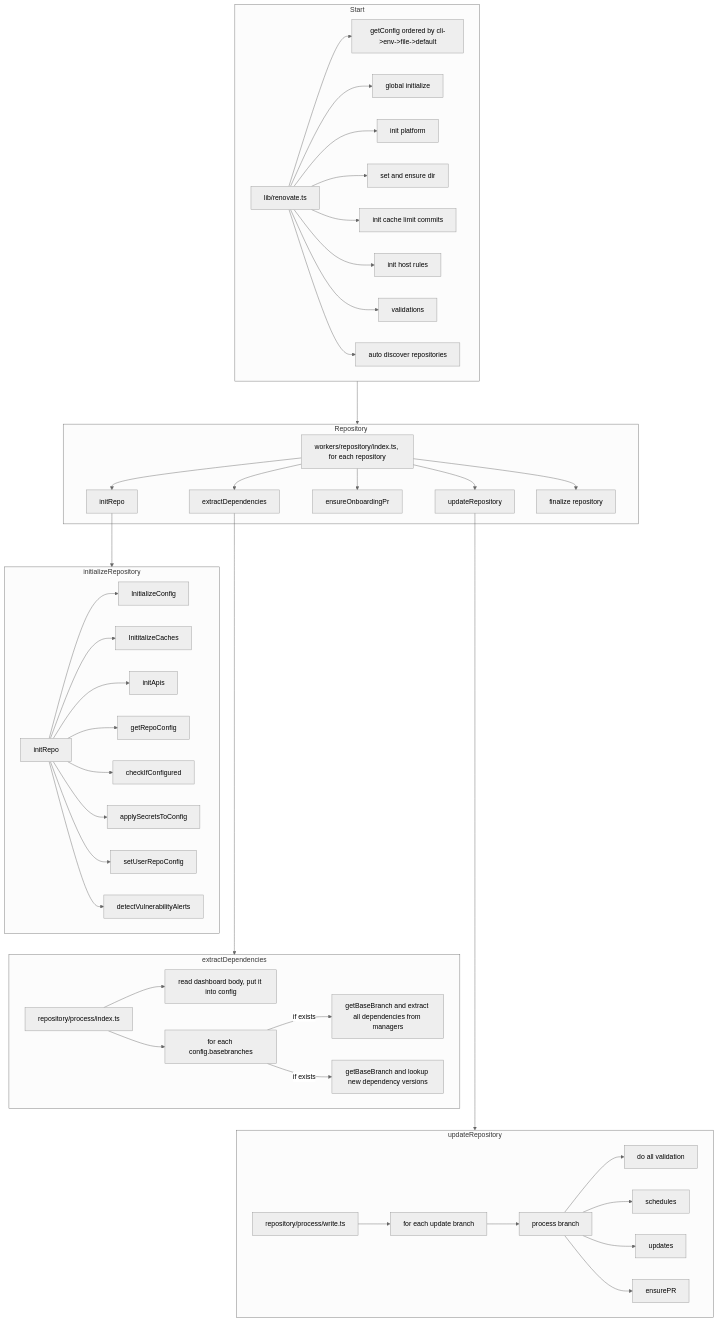
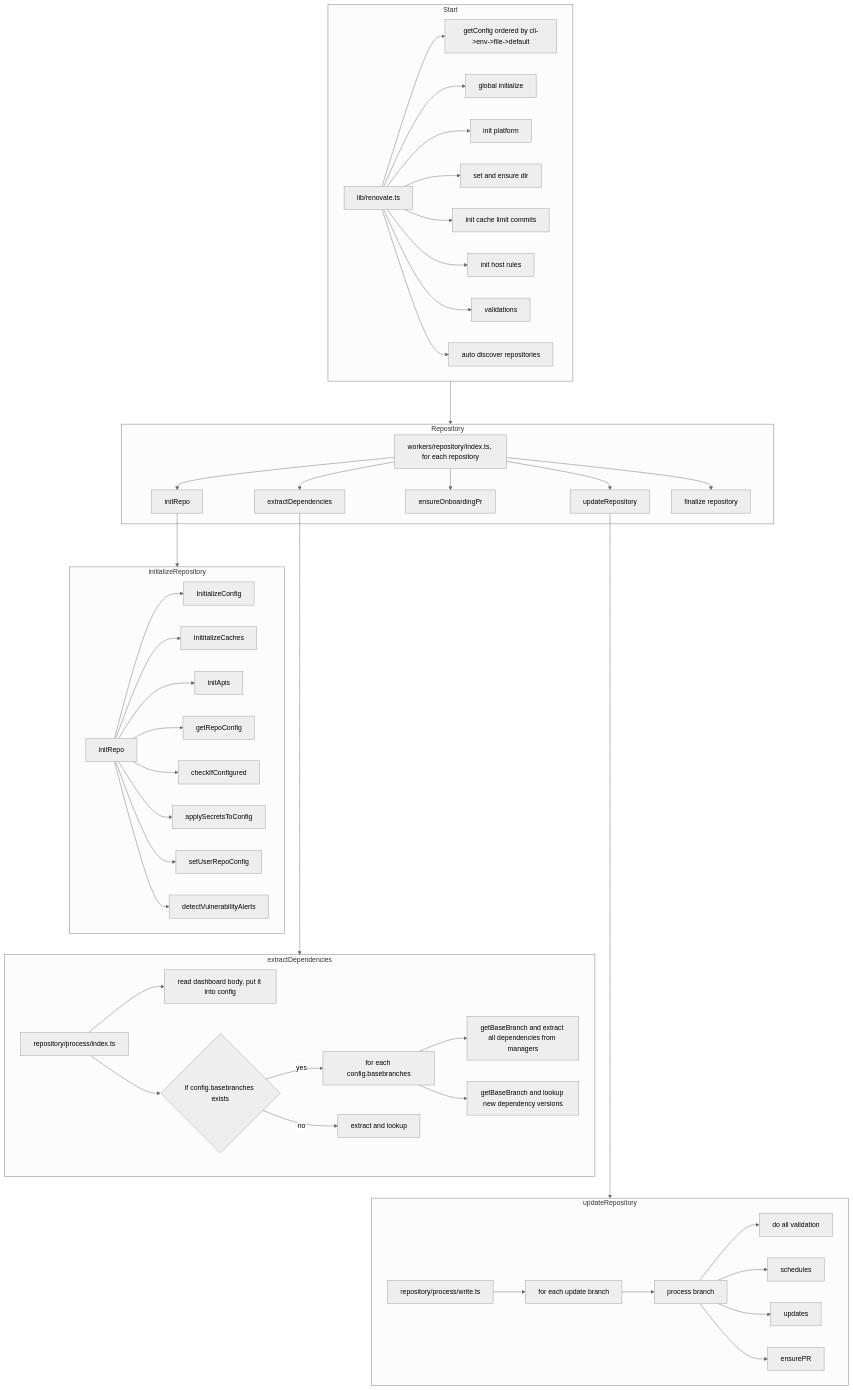
Before and after one commit to renovatebot/renovate: the diagram in docs/development/assets/renovate-flow.md, drawn with Mermaid (neutral theme).

````diff
--- a/docs/development/assets/renovate-flow.md
+++ b/docs/development/assets/renovate-flow.md
@@ -1,57 +1,59 @@
 ```mermaid
 flowchart TB
     subgraph Start
     A[lib/renovate.ts] --> B[getConfig ordered by cli->env->file->default]
     A --> C[global initialize]
     A --> D[init platform]
     A --> E[set and ensure dir]
     A --> F[init cache limit commits]
     A --> G[init host rules]
     A --> H[validations]
     A --> I[auto discover repositories]
     end
 
     subgraph Repository
     J[workers/repository/index.ts, for each repository]
     J --> K[initRepo]
     J --> L[extractDependencies]
     J --> M[ensureOnboardingPr]
     J --> N[updateRepository]
     J --> O[finalize repository]
     end
 
     subgraph initializeRepository
     X[initRepo]
     X--> P[InitializeConfig]
     X--> Q[InititalizeCaches]
     X--> R[initApis]
     X--> S[getRepoConfig]
     X--> T[checkIfConfigured]
     X--> U[applySecretsToConfig]
     X--> V[setUserRepoConfig]
     X--> W[detectVulnerabilityAlerts]
     end
 
     subgraph extractDependencies
     Z[repository/process/index.ts]
     Z --> AA[read dashboard body, put it into config]
-    Z --> AB[ for each config.basebranches]
-    AB --> |if exists| AC[getBaseBranch and extract all dependencies from managers]
-    AB --> |if exists| AD[getBaseBranch and lookup new dependency versions]
+    Z --> QM{if config.basebranches exists}
+    QM --> |yes| AB[for each config.basebranches]
+    AB --> AC[getBaseBranch and extract all dependencies from managers]
+    AB --> AD[getBaseBranch and lookup new dependency versions]
+    QM --> |no| AE[extract and lookup]
     end
 
     subgraph updateRepository
     BA[repository/process/write.ts]
     BA--> BB[for each update branch]
     BB --> BC[process branch]
     BC --> BD[do all validation]
     BC --> BF[schedules]
     BC --> BG[updates]
     BC --> BH[ensurePR]
     end
 
     Start ---> Repository
     K ---> initializeRepository
     L ----> extractDependencies
     N -----> updateRepository
 ```
````
